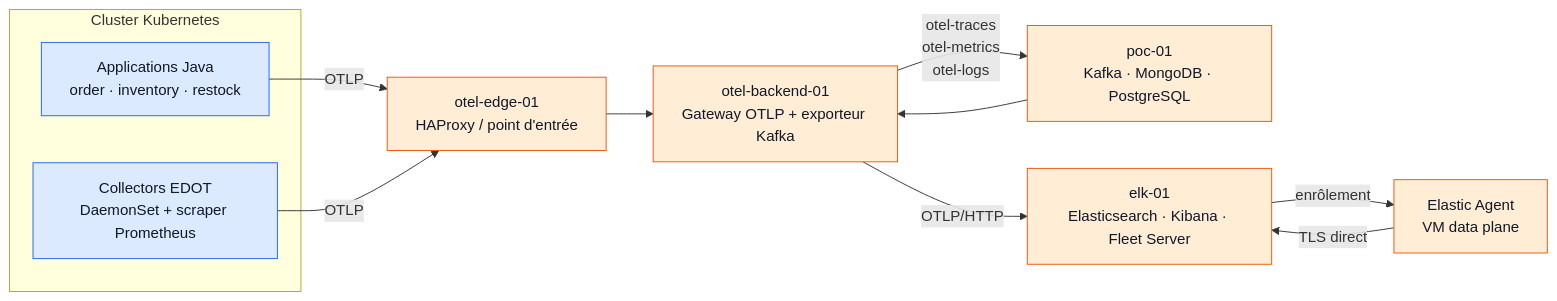
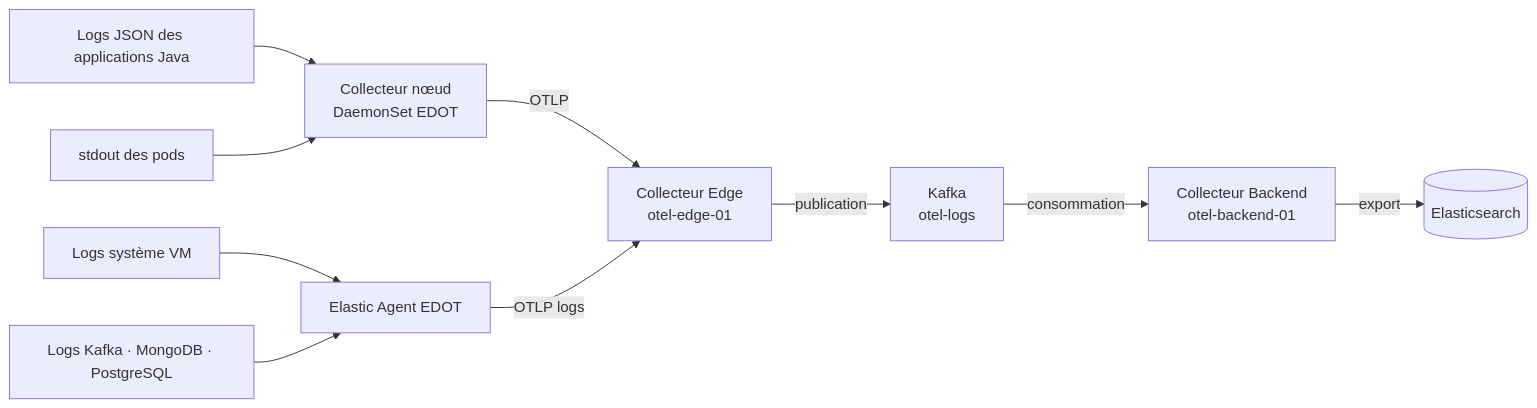
Before and after one commit to elkouhen/systemlens-observability-lab: the second of 9 diagrams in architecture/slides/slides.md, drawn with Mermaid. The commit also changed other lines of this file and 34 other files, not shown here.

````diff
--- a/architecture/slides/slides.md
+++ b/architecture/slides/slides.md
@@ -61,26 +148,12 @@
 ```mermaid
 flowchart LR
-  subgraph K8s[Cluster Kubernetes]
-    APP[Applications Java\norder · inventory · restock]
-    KCOL[Collectors EDOT\nDaemonSet + scraper Prometheus]
-  end
-  EDGE[otel-edge-01\nHAProxy / point d'entrée]
-  BACK[otel-backend-01\nGateway OTLP + exporteur Kafka]
-  DATA[poc-01\nKafka · MongoDB · PostgreSQL]
-  ELK[elk-01\nElasticsearch · Kibana · Fleet Server]
-  FLEET[Elastic Agent\nVM data plane]
-
-  APP -->|OTLP| EDGE
-  KCOL -->|OTLP| EDGE
-  EDGE --> BACK
-  BACK -->|otel-traces\notel-metrics\notel-logs| DATA
-  DATA --> BACK
-  BACK -->|OTLP/HTTP| ELK
-  FLEET -->|TLS direct| ELK
-  ELK -->|enrôlement| FLEET
-
-  classDef k8s fill:#dbeafe,stroke:#2563eb,color:#111827
-  classDef vm fill:#ffedd5,stroke:#ea580c,color:#111827
-  class APP,KCOL k8s
-  class EDGE,BACK,DATA,ELK,FLEET vm
+  APP[Logs JSON des applications Java] --> K8S[Collecteur nœud\nDaemonSet EDOT]
+  POD[stdout des pods] --> K8S
+  VM[Logs système VM] --> AGENT[Elastic Agent EDOT]
+  DB[Logs Kafka · MongoDB · PostgreSQL] --> AGENT
+  K8S -->|OTLP| EDGE[Collecteur Edge\notel-edge-01]
+  AGENT -->|OTLP logs| EDGE
+  EDGE -->|publication| K[Kafka\notel-logs]
+  K -->|consommation| BACK[Collecteur Backend\notel-backend-01]
+  BACK -->|export| ES[(Elasticsearch)]
 ```
````
